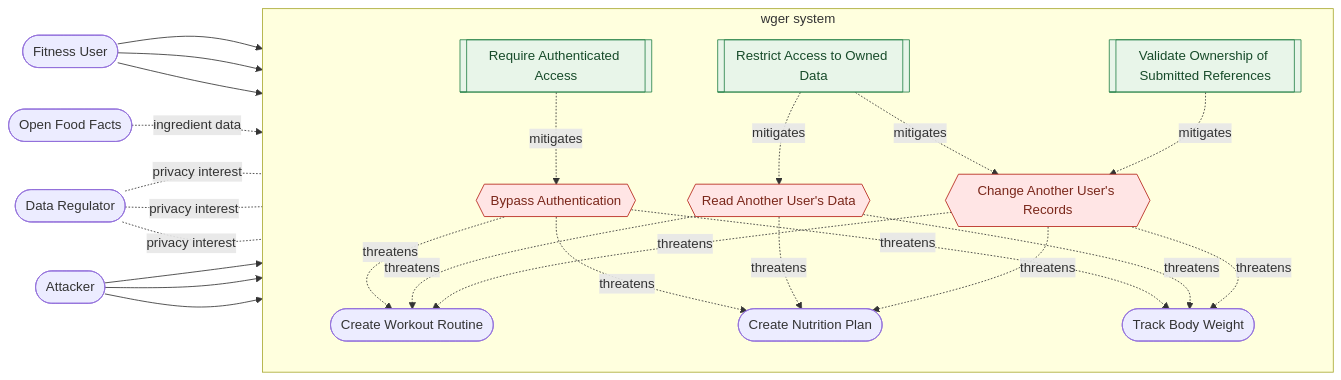
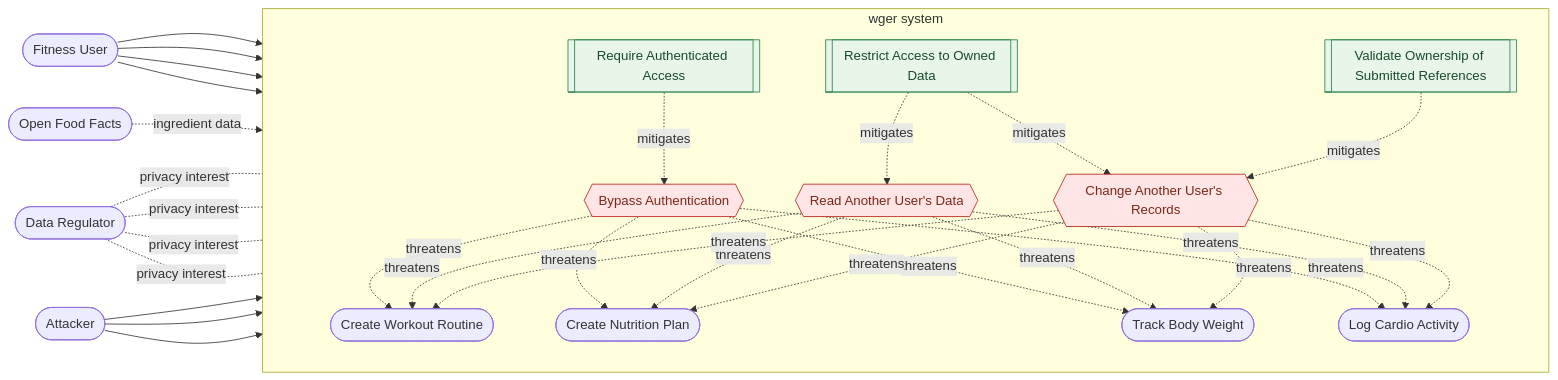
The diagram in docs/misuse-case-diagram.md (simonsalazar17/wger), drawn with Mermaid before and after one commit. The commit also changed other lines of this file and 8 other files, not shown here.

Commit message:
docs: add final project architecture document

````diff
--- a/docs/misuse-case-diagram.md
+++ b/docs/misuse-case-diagram.md
@@ -3,54 +3,60 @@
 ```mermaid
 flowchart LR
     User([Fitness User])
     OFF([Open Food Facts])
     Regulator([Data Regulator])
     Attacker([Attacker])
 
     subgraph Wger["wger system"]
         direction TB
         UC1([Create Workout Routine])
         UC2([Create Nutrition Plan])
         UC3([Track Body Weight])
+        UC4([Log Cardio Activity])
 
         MC1{{Bypass Authentication}}
         MC2{{Read Another User's Data}}
         MC3{{Change Another User's Records}}
 
         C1[[Require Authenticated Access]]
         C2[[Restrict Access to Owned Data]]
         C3[[Validate Ownership of Submitted References]]
     end
 
     User --> UC1
     User --> UC2
     User --> UC3
+    User --> UC4
     OFF -. ingredient data .-> UC2
     Regulator -. privacy interest .- UC1
     Regulator -. privacy interest .- UC2
     Regulator -. privacy interest .- UC3
+    Regulator -. privacy interest .- UC4
 
     Attacker --> MC1
     Attacker --> MC2
     Attacker --> MC3
 
     MC1 -. threatens .-> UC1
     MC1 -. threatens .-> UC2
     MC1 -. threatens .-> UC3
+    MC1 -. threatens .-> UC4
     MC2 -. threatens .-> UC1
     MC2 -. threatens .-> UC2
     MC2 -. threatens .-> UC3
+    MC2 -. threatens .-> UC4
     MC3 -. threatens .-> UC1
     MC3 -. threatens .-> UC2
     MC3 -. threatens .-> UC3
+    MC3 -. threatens .-> UC4
 
     C1 -. mitigates .-> MC1
     C2 -. mitigates .-> MC2
     C2 -. mitigates .-> MC3
     C3 -. mitigates .-> MC3
 
     classDef misuse fill:#ffe5e5,stroke:#b42318,color:#7a271a
     classDef control fill:#e8f5e9,stroke:#27834a,color:#174b2a
     class MC1,MC2,MC3 misuse
     class C1,C2,C3 control
 ```
````
